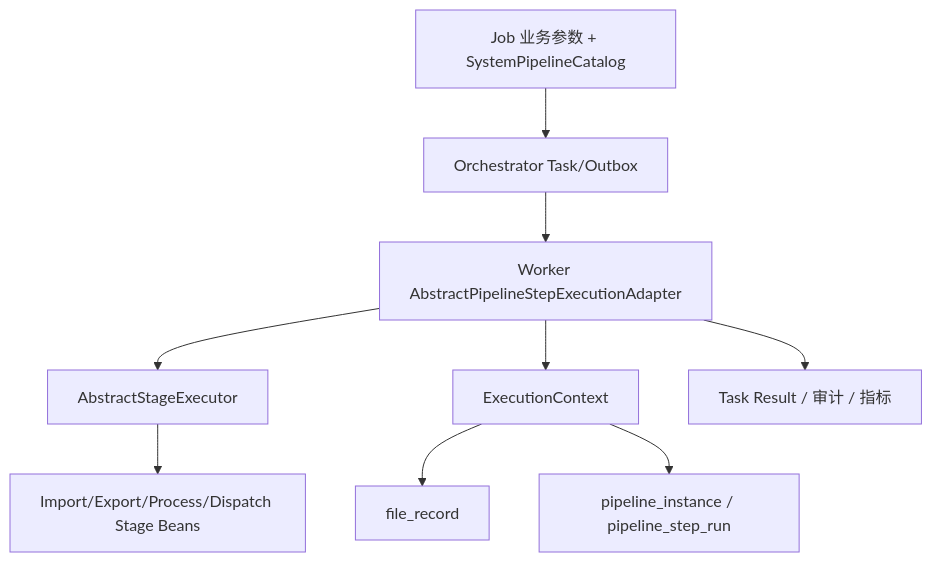
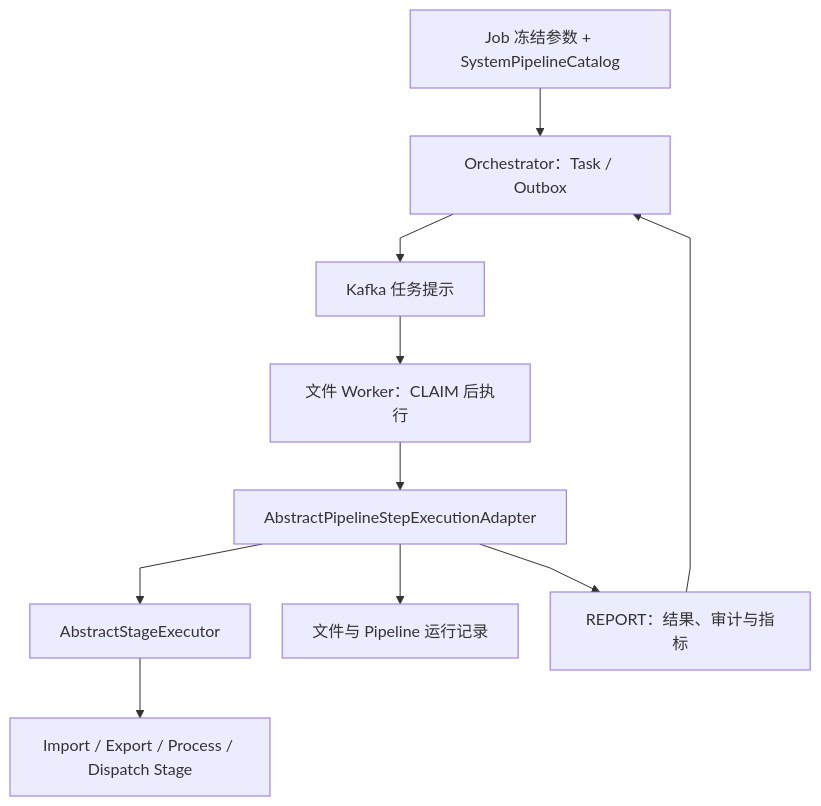
Before and after one commit to pinpols/file-batch-system: the fifth of 8 diagrams in docs/design/file-pipeline-design.md, drawn with Mermaid. The commit also changed other lines of this file and 2792 other files, not shown here.

````diff
--- a/docs/design/file-pipeline-design.md
+++ b/docs/design/file-pipeline-design.md
@@ -789,11 +805,13 @@
 ```mermaid
-flowchart TD
-    A[Job 业务参数 + SystemPipelineCatalog] --> B[Orchestrator Task/Outbox]
-    B --> C[Worker AbstractPipelineStepExecutionAdapter]
-    C --> D[AbstractStageExecutor]
-    D --> E[Import/Export/Process/Dispatch Stage Beans]
-    C --> H[ExecutionContext]
-    H --> I[file_record]
-    H --> J[pipeline_instance / pipeline_step_run]
-    C --> K[Task Result / 审计 / 指标]
+%%{init: {"flowchart":{"curve":"linear","nodeSpacing":32,"rankSpacing":48},"sequence":{"mirrorActors":false}}}%%
+flowchart TB
+  J[Job 冻结参数 + SystemPipelineCatalog] --> O[Orchestrator：Task / Outbox]
+  O --> K[Kafka 任务提示]
+  K --> W[文件 Worker：CLAIM 后执行]
+  W --> A[AbstractPipelineStepExecutionAdapter]
+  A --> S[AbstractStageExecutor]
+  S --> B[Import / Export / Process / Dispatch Stage]
+  A --> R[文件与 Pipeline 运行记录]
+  A --> F[REPORT：结果、审计与指标]
+  F --> O
 ```
````
